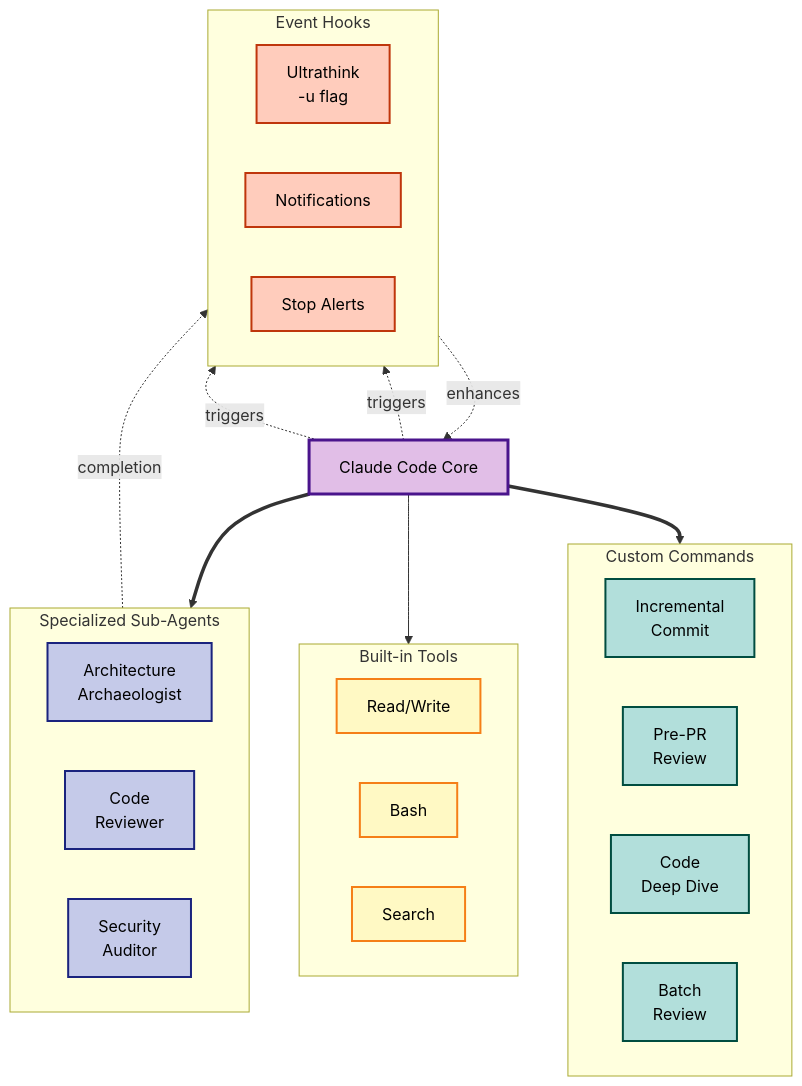
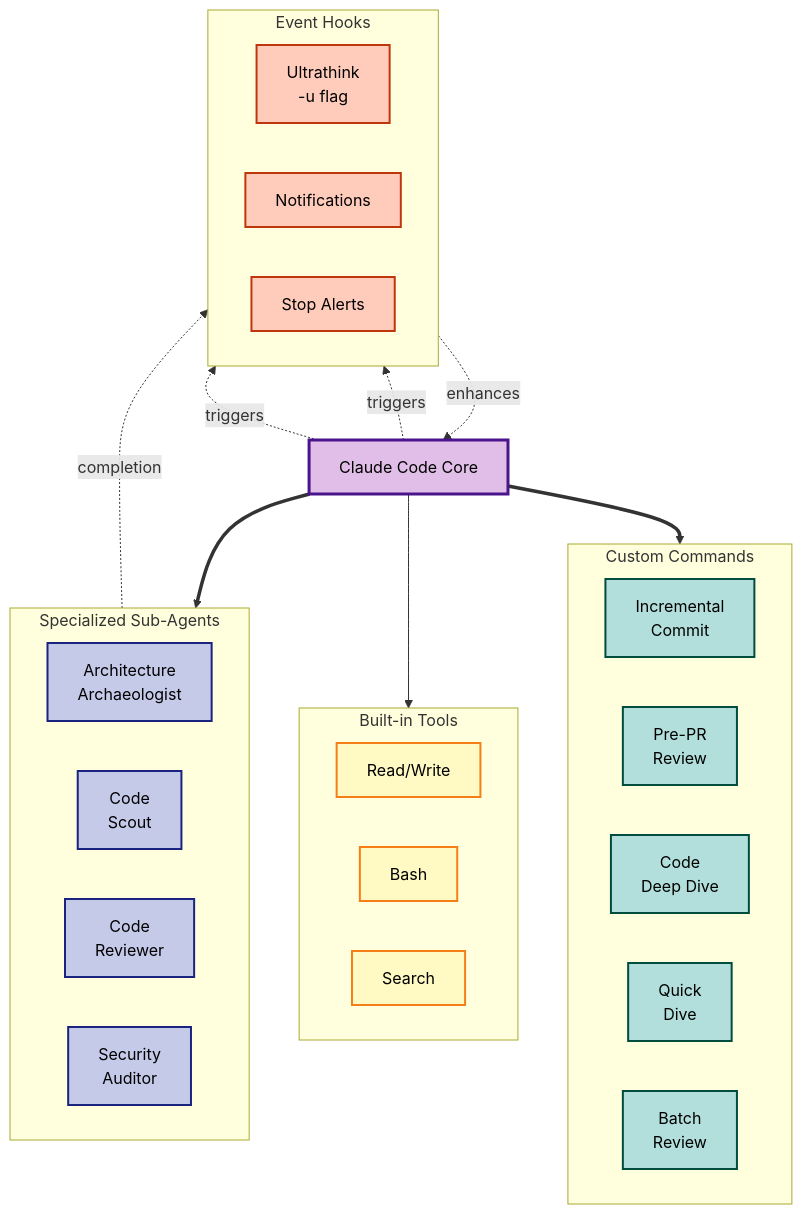
Before and after one commit to Roasbeef/claude-files: the diagram in README.md, drawn with Mermaid. The commit also changed other lines of this file, not shown here.

Commit message:
README: update w/ latest commands + agents

````diff
--- a/README.md
+++ b/README.md
@@ -13,62 +13,64 @@
 ```mermaid
 graph TB
     %% Core System
     Main[Claude Code Core]
     
     %% Built-in Tools
     subgraph Tools["Built-in Tools"]
         direction LR
         T1[Read/Write]
         T2[Bash]
         T3[Search]
     end
     
     %% Sub-Agents Layer
     subgraph Agents["Specialized Sub-Agents"]
         direction LR
         AA[Architecture<br/>Archaeologist]
+        CS[Code<br/>Scout]
         CR[Code<br/>Reviewer]
         SA[Security<br/>Auditor]
     end
     
     %% Commands Layer
     subgraph Commands["Custom Commands"]
         direction LR
         IC[Incremental<br/>Commit]
         PR[Pre-PR<br/>Review]
         CD[Code<br/>Deep Dive]
+        QD[Quick<br/>Dive]
         BR[Batch<br/>Review]
     end
     
     %% Hooks System
     subgraph Hooks["Event Hooks"]
         direction LR
         UT[Ultrathink<br/>-u flag]
         NH[Notifications]
         SH[Stop Alerts]
     end
     
     %% Connections - organized to minimize crossings
     Main --> Tools
     Main ==> Agents
     Main ==> Commands
     
     %% Hook interactions
     UT -.->|enhances| Main
     Main -.->|triggers| NH
     Main -.->|triggers| SH
     Agents -.->|completion| SH
     
     %% Styling
     classDef core fill:#e1bee7,stroke:#4a148c,stroke-width:3px,color:#000
     classDef agents fill:#c5cae9,stroke:#1a237e,stroke-width:2px,color:#000
     classDef commands fill:#b2dfdb,stroke:#004d40,stroke-width:2px,color:#000
     classDef hooks fill:#ffccbc,stroke:#bf360c,stroke-width:2px,color:#000
     classDef tools fill:#fff9c4,stroke:#f57f17,stroke-width:2px,color:#000
     
     class Main core
-    class AA,CR,SA agents
-    class IC,PR,CD,BR commands
+    class AA,CS,CR,SA agents
+    class IC,PR,CD,QD,BR commands
     class UT,NH,SH hooks
     class T1,T2,T3 tools
 ```
````
